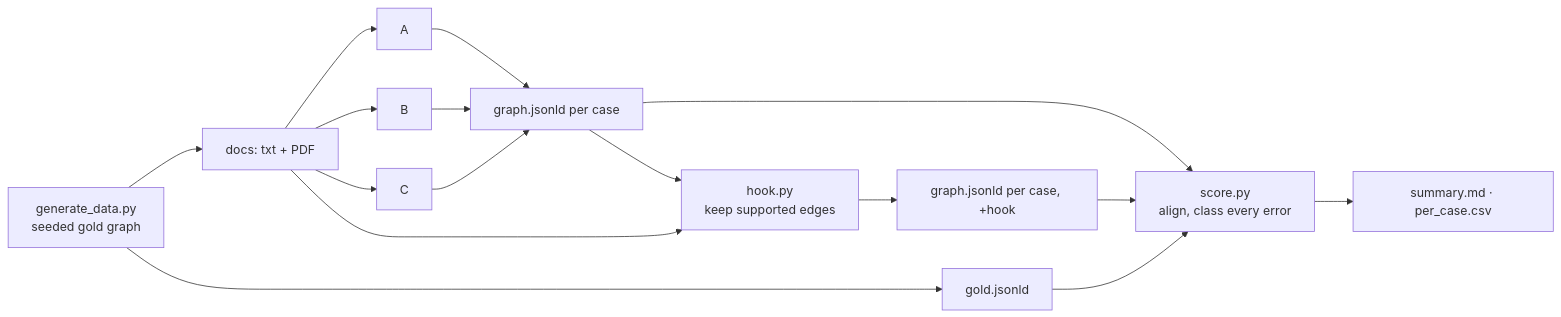
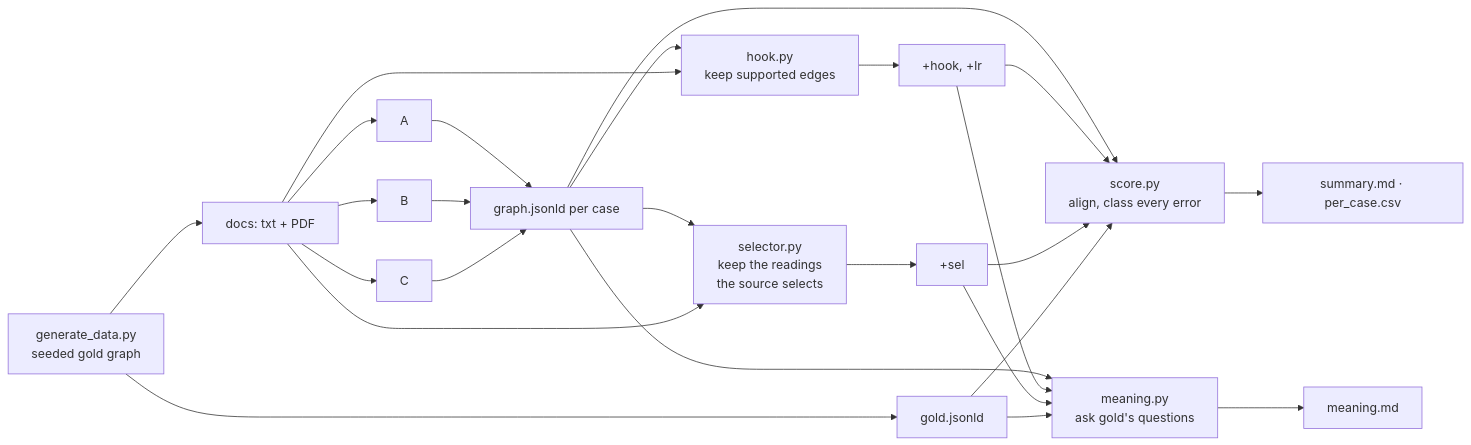
Before and after one commit to mrinaalr/case-uco-graph-integrity: the fourth of 4 diagrams in README.md, drawn with Mermaid. The commit also changed other lines of this file and 10 other files, not shown here.

Commit message:
meaning scorer and an ontology selector, with dev and test results (#10)

````diff
--- a/README.md
+++ b/README.md
@@ -148,13 +187,17 @@
 ```mermaid
 flowchart LR
     GEN[generate_data.py<br/>seeded gold graph] --> GOLD[gold.jsonld]
     GEN --> DOCS[docs: txt + PDF]
     DOCS --> A & B & C
     A & B & C --> GR[graph.jsonld per case]
     GR --> HK[hook.py<br/>keep supported edges]
-    DOCS --> HK
-    HK --> GH[graph.jsonld per case, +hook]
-    GR & GH --> SC[score.py<br/>align, class every error]
-    GOLD --> SC
+    GR --> SL[selector.py<br/>keep the readings<br/>the source selects]
+    DOCS --> HK & SL
+    HK --> GH[+hook, +lr]
+    SL --> GS[+sel]
+    GR & GH & GS --> SC[score.py<br/>align, class every error]
+    GR & GH & GS --> MN[meaning.py<br/>ask gold's questions]
+    GOLD --> SC & MN
     SC --> SUM[summary.md · per_case.csv]
+    MN --> MS[meaning.md]
 ```
````
